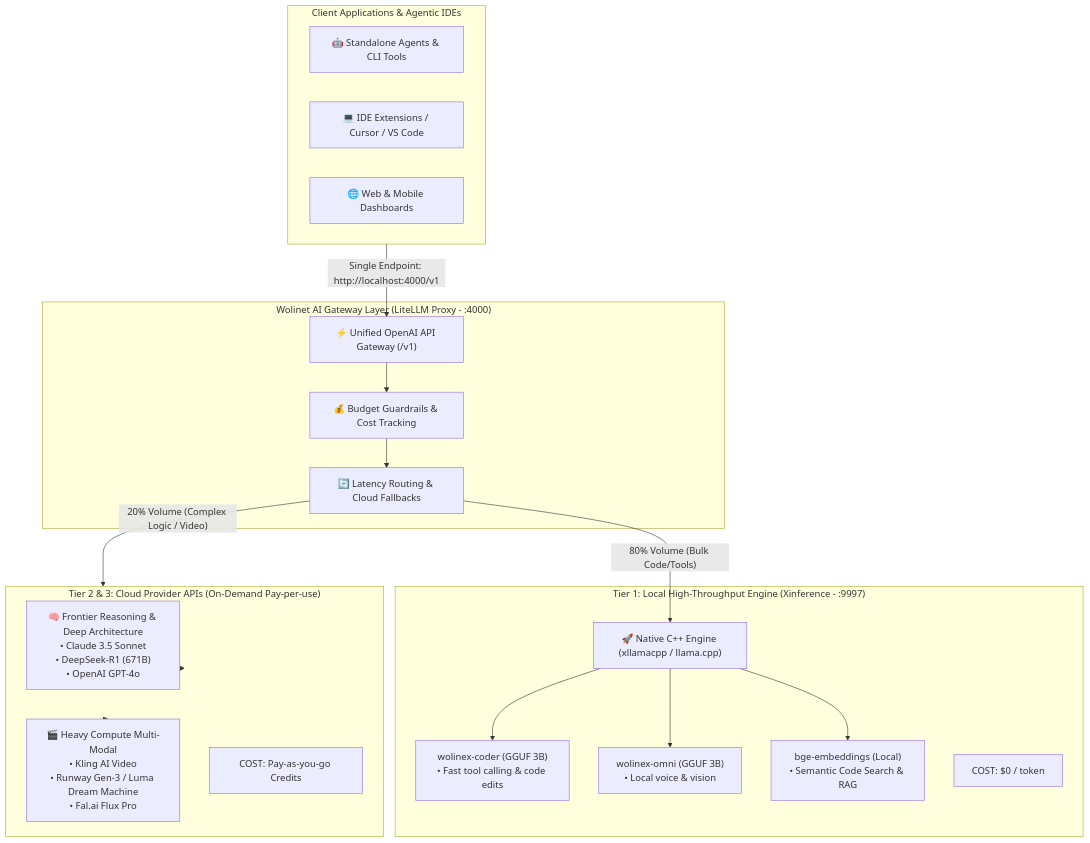
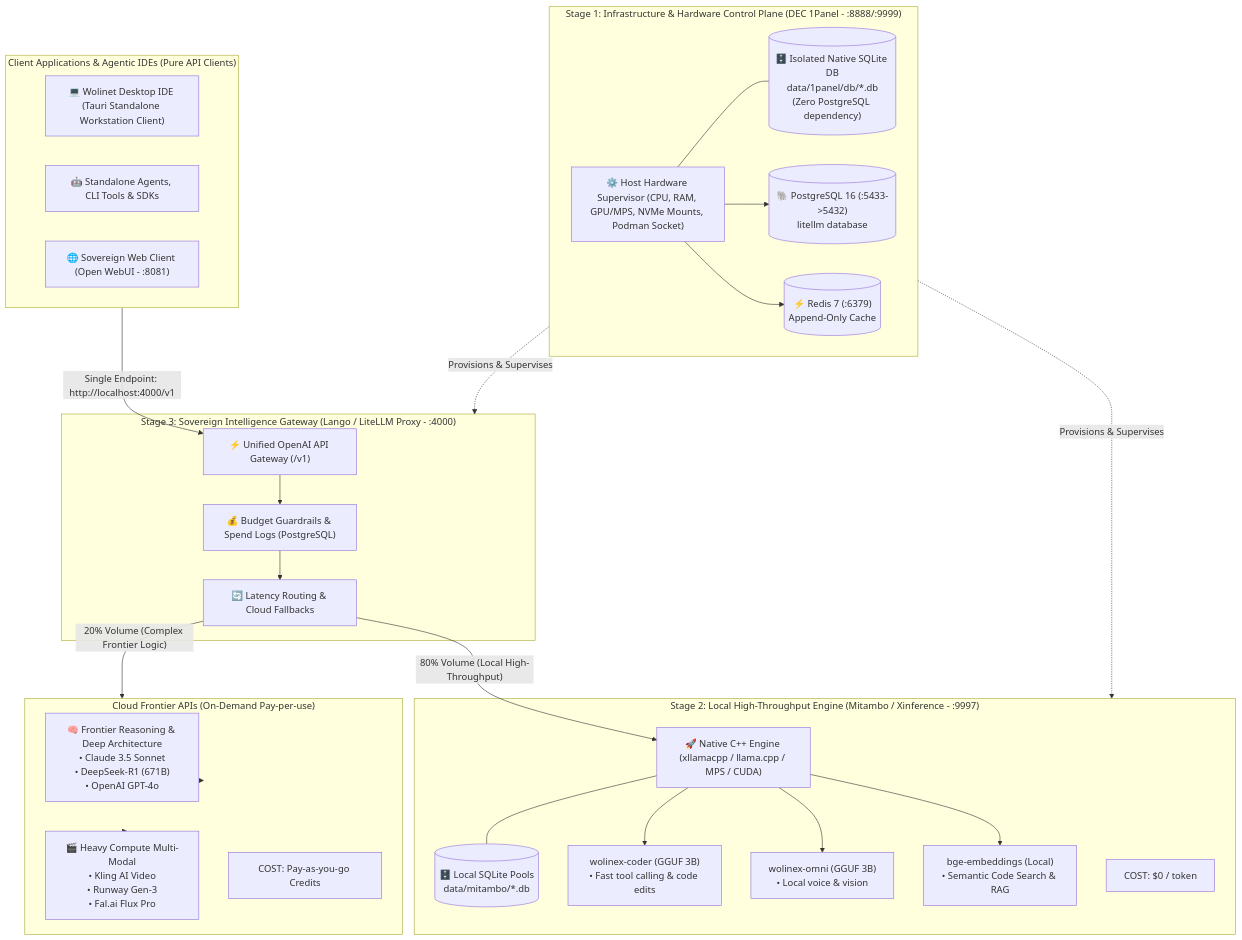
One commit to wolinet-renatus/wolinetAI changed the diagram in WOLINETAI.md. Above: the diagram before and after it, drawn with Mermaid. The commit also changed other lines of this file and 4 other files, not shown here.

Commit message:
docs: modernize architecture specifications, isolate 1Panel native SQLite, and remove obsolete pre-podman setup

````diff
--- a/WOLINETAI.md
+++ b/WOLINETAI.md
@@ -13,38 +13,52 @@
 ```mermaid
 flowchart TD
-    subgraph Clients["Client Applications & Agentic IDEs"]
-        Agent["🤖 Standalone Agents & CLI Tools"]
-        IDE["💻 IDE Extensions / Cursor / VS Code"]
-        Web["🌐 Web & Mobile Dashboards"]
+    subgraph Clients["Client Applications & Agentic IDEs (Pure API Clients)"]
+        IDE["💻 Wolinet Desktop IDE (Tauri Standalone Workstation Client)"]
+        Agent["🤖 Standalone Agents, CLI Tools & SDKs"]
+        Web["🌐 Sovereign Web Client (Open WebUI - :8081)"]
     end
 
-    subgraph Gateway["Wolinet AI Gateway Layer (LiteLLM Proxy - :4000)"]
-        Router["⚡ Unified OpenAI API Gateway (/v1)"]
-        Budget["💰 Budget Guardrails & Cost Tracking"]
-        Failover["🔄 Latency Routing & Cloud Fallbacks"]
+    subgraph ControlPlane["Stage 1: Infrastructure & Hardware Control Plane (DEC 1Panel - :8888/:9999)"]
+        Supervisor["⚙️ Host Hardware Supervisor (CPU, RAM, GPU/MPS, NVMe Mounts, Podman Socket)"]
+        PanelDB[("🗄️ Isolated Native SQLite DB\ndata/1panel/db/*.db\n(Zero PostgreSQL dependency)")]
+        Supervisor --- PanelDB
+        PostgresCluster[("🐘 PostgreSQL 16 (:5433->5432)\nlitellm database")]
+        RedisCluster[("⚡ Redis 7 (:6379)\nAppend-Only Cache")]
+        Supervisor --> PostgresCluster
+        Supervisor --> RedisCluster
     end
 
-    subgraph Tier1["Tier 1: Local High-Throughput Engine (Xinference - :9997)"]
-        LocalEngine["🚀 Native C++ Engine (xllamacpp / llama.cpp)"]
+    subgraph Gateway["Stage 3: Sovereign Intelligence Gateway (Lango / LiteLLM Proxy - :4000)"]
+        Router["⚡ Unified OpenAI API Gateway (/v1)"]
+        Budget["💰 Budget Guardrails & Spend Logs (PostgreSQL)"]
+        Failover["🔄 Latency Routing & Cloud Fallbacks"]
+        Router --> Budget --> Failover
+    end
+
+    subgraph Tier1["Stage 2: Local High-Throughput Engine (Mitambo / Xinference - :9997)"]
+        LocalEngine["🚀 Native C++ Engine (xllamacpp / llama.cpp / MPS / CUDA)"]
+        MitamboDB[("🗄️ Local SQLite Pools\ndata/mitambo/*.db")]
         Coder["wolinex-coder (GGUF 3B)\n• Fast tool calling & code edits"]
         Omni["wolinex-omni (GGUF 3B)\n• Local voice & vision"]
         Embed["bge-embeddings (Local)\n• Semantic Code Search & RAG"]
+        LocalEngine --- MitamboDB
+        LocalEngine --> Coder
+        LocalEngine --> Omni
+        LocalEngine --> Embed
         Cost1["COST: $0 / token"]
     end
 
-    subgraph Tier2["Tier 2 & 3: Cloud Provider APIs (On-Demand Pay-per-use)"]
+    subgraph Tier2["Cloud Frontier APIs (On-Demand Pay-per-use)"]
         Frontier["🧠 Frontier Reasoning & Deep Architecture\n• Claude 3.5 Sonnet\n• DeepSeek-R1 (671B)\n• OpenAI GPT-4o"]
-        Video["🎬 Heavy Compute Multi-Modal\n• Kling AI Video\n• Runway Gen-3 / Luma Dream Machine\n• Fal.ai Flux Pro"]
+        Video["🎬 Heavy Compute Multi-Modal\n• Kling AI Video\n• Runway Gen-3\n• Fal.ai Flux Pro"]
         Cost2["COST: Pay-as-you-go Credits"]
     end
 
     Clients -->|Single Endpoint: http://localhost:4000/v1| Router
-    Router --> Budget --> Failover
-    Failover -->|"80% Volume (Bulk Code/Tools)"| LocalEngine
-    LocalEngine --> Coder
-    LocalEngine --> Omni
-    LocalEngine --> Embed
-    Failover -->|"20% Volume (Complex Logic / Video)"| Tier2
+    ControlPlane -.->|Provisions & Supervises| Gateway
+    ControlPlane -.->|Provisions & Supervises| Tier1
+    Failover -->|"80% Volume (Local High-Throughput)"| LocalEngine
+    Failover -->|"20% Volume (Complex Frontier Logic)"| Tier2
     Tier2 --> Frontier
     Tier2 --> Video
 ```
````
